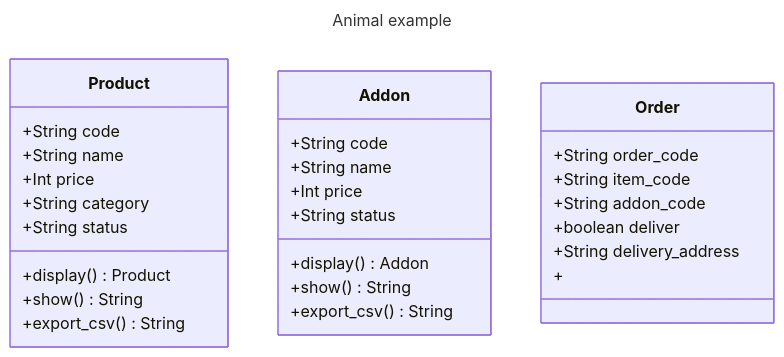
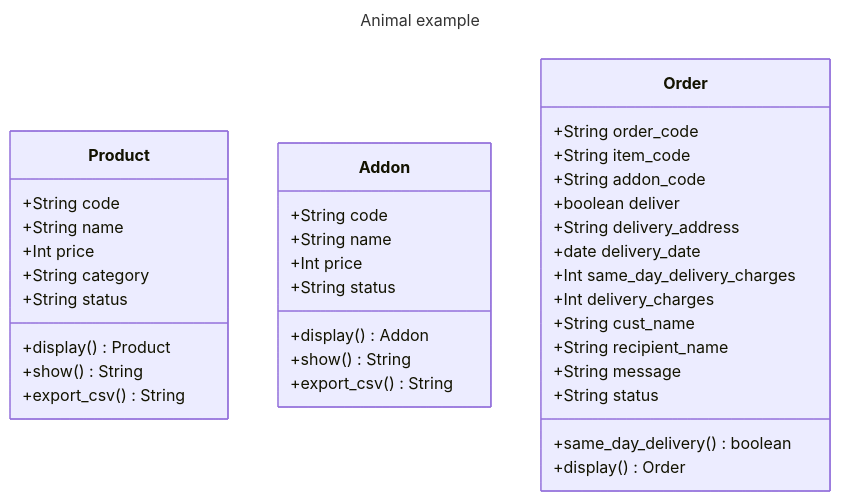
The diagram in README.md (BensonNgu/Beautiful-Blooms), drawn with Mermaid before and after one commit. The commit also changed 1 other file, not shown here.

Commit message:
Update source code and README.md

````diff
--- a/README.md
+++ b/README.md
@@ -4,38 +4,47 @@
 ```mermaid
 ---
 title: Animal example
 ---
 classDiagram
     class Product{
         +String code
         +String name
         +Int price
         +String category
         +String status
 
         +display() Product
         +show() String
         +export_csv()  String
     }
 
     class Addon{
         +String code
         +String name
         +Int price
         +String status
 
         +display() Addon
         +show() String
         +export_csv() String
     }
 
     class Order{
         +String order_code
         +String item_code
         +String addon_code  
         +boolean deliver
         +String delivery_address
-        +
+        +date delivery_date
+        +Int same_day_delivery_charges
+        +Int delivery_charges
+        +String cust_name
+        +String recipient_name
+        +String message
+        +String status
+
+        +same_day_delivery() boolean
+        +display() Order
     }
 
 ```
````
